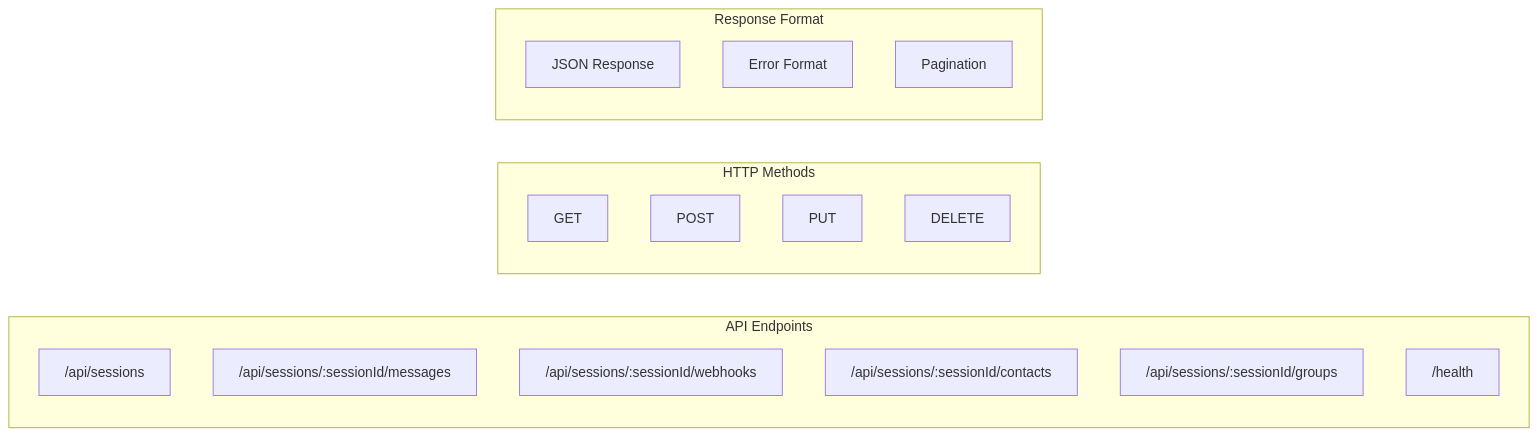
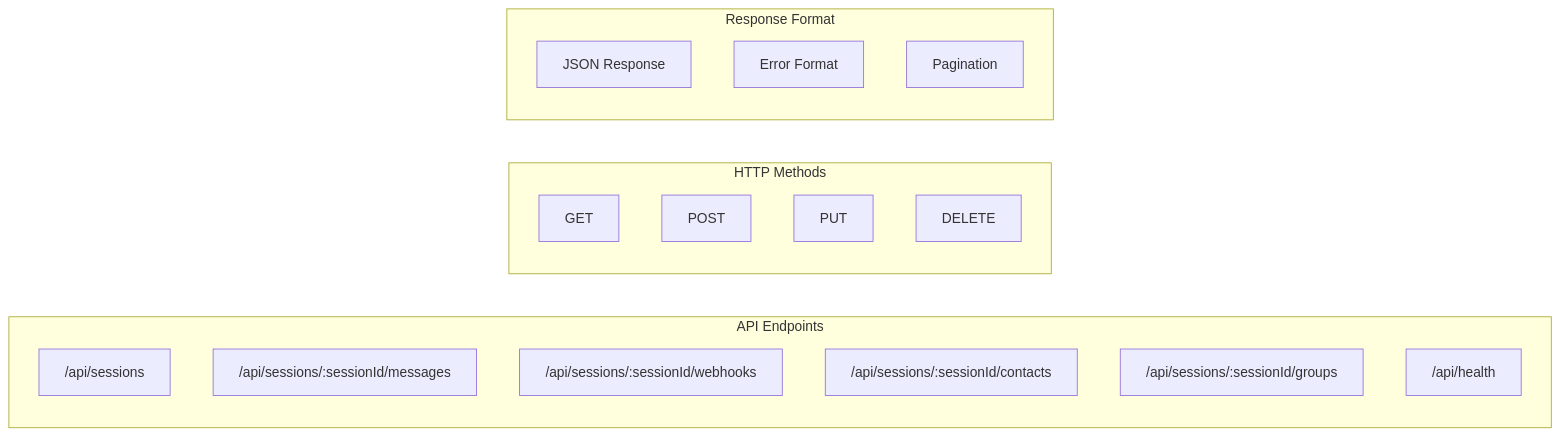
Before and after one commit to Carnaval-Team/VentIQ-seller-App: diagram 16 of 24 in ventiq_admin_app/docs_wapi/03-system-architecture.md, drawn with Mermaid. The commit also changed other lines of this file and 39 other files, not shown here.

````diff
--- a/ventiq_admin_app/docs_wapi/03-system-architecture.md
+++ b/ventiq_admin_app/docs_wapi/03-system-architecture.md
@@ -718,25 +676,25 @@
 ```mermaid
 flowchart LR
     subgraph Endpoints["API Endpoints"]
         direction TB
         S["/api/sessions"]
         M["/api/sessions/:sessionId/messages"]
         W["/api/sessions/:sessionId/webhooks"]
         C["/api/sessions/:sessionId/contacts"]
         G["/api/sessions/:sessionId/groups"]
-        H["/health"]
+        H["/api/health"]
     end
-    
+
     subgraph Methods["HTTP Methods"]
         GET
         POST
         PUT
         DELETE
     end
-    
+
     subgraph Format["Response Format"]
         JSON[JSON Response]
         ERR[Error Format]
         PAGE[Pagination]
     end
 ```
````
